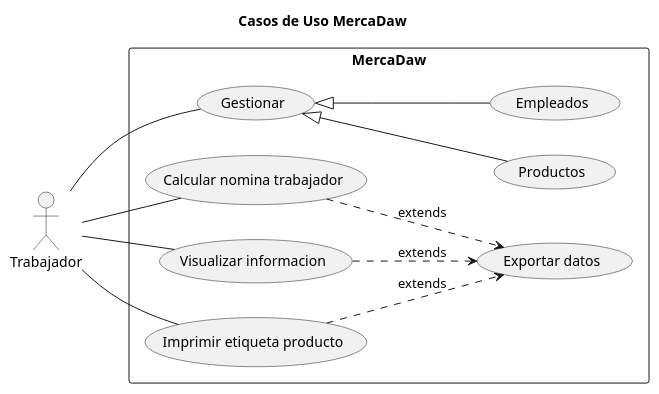
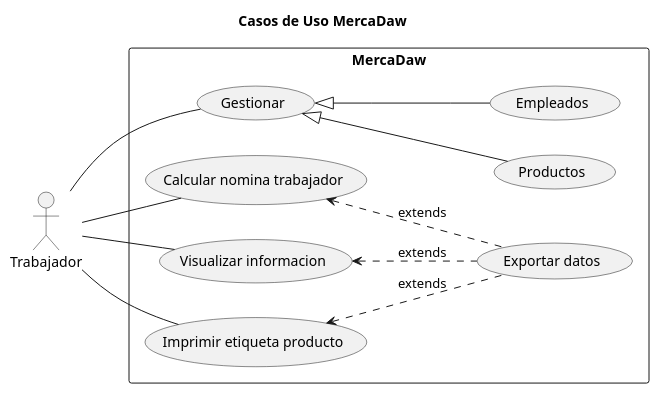
Before and after one commit to Edsonbs/MercaDAW: the diagram in analisis/CasosUso.pu, drawn with PlantUML. The commit also changed 2 other files, not shown here.

```diff
--- a/analisis/CasosUso.pu
+++ b/analisis/CasosUso.pu
@@ -1,30 +1,30 @@
 @startuml Diagrama casos de uso 
 title Casos de Uso MercaDaw
 left to right direction
 actor "Trabajador" as t
 
 rectangle MercaDaw{
     usecase "Gestionar" as gp
     usecase "Productos" as prod
     usecase "Empleados" as emple
     usecase "Calcular nomina trabajador" as c
     usecase "Visualizar informacion" as ed
     usecase "Exportar datos" as edat
     usecase "Imprimir etiqueta producto" as ie
 
 }
 
 t -- c
 t -- gp
 gp <|-- prod
 gp <|-- emple
 t -- ed
-ed ..> edat: extends
+ed <.. edat: extends
 t -- ie
-c ..>edat: extends
-ie ..>edat: extends
+c <.. edat: extends
+ie <.. edat: extends
 
 
 
 
 @enduml
```
